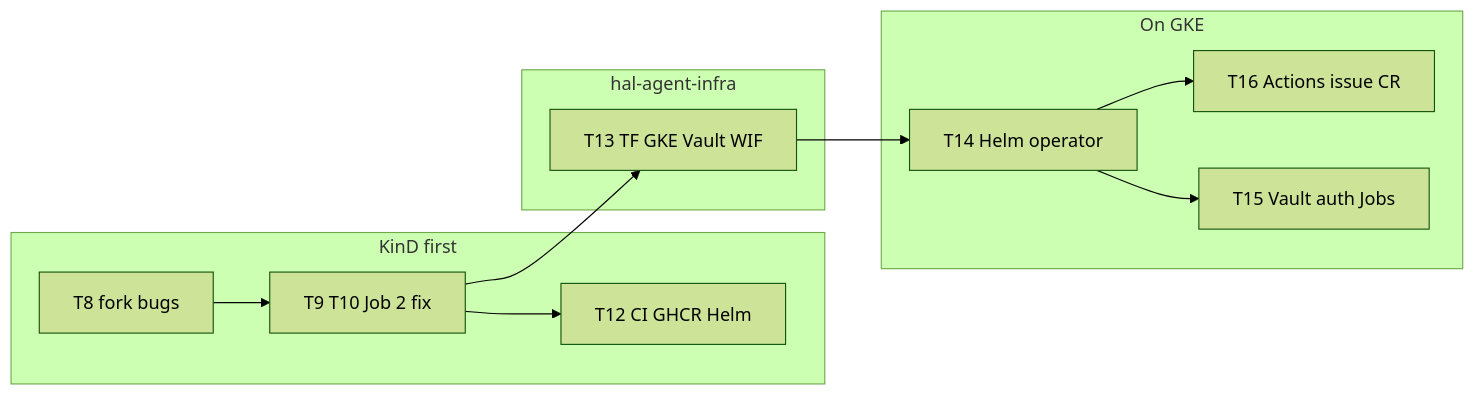
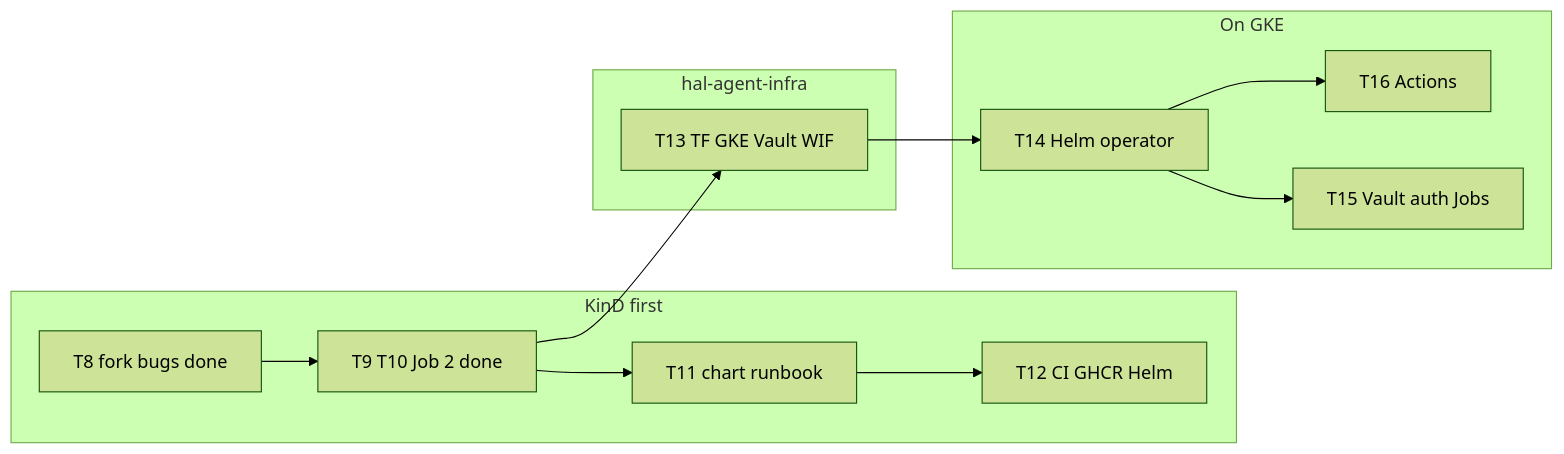
One commit to hashimiche/hal-agent-operator changed the first of 2 diagrams in LLM_PLAN.md. Above: the diagram before and after it, drawn with Mermaid (forest theme). The commit also changed other lines of this file and 24 other files, not shown here.

````diff
--- a/LLM_PLAN.md
+++ b/LLM_PLAN.md
@@ -83,19 +90,20 @@
 ```mermaid
 flowchart LR
   subgraph local [KinD first]
-    F[T8 fork bugs]
-    J2[T9 T10 Job 2 fix]
+    F[T8 fork bugs done]
+    J2[T9 T10 Job 2 done]
+    Chart[T11 chart runbook]
     Pub[T12 CI GHCR Helm]
   end
   subgraph infraRepo [hal-agent-infra]
     TF[T13 TF GKE Vault WIF]
   end
   subgraph cloud [On GKE]
     Deploy[T14 Helm operator]
-    GHA[T16 Actions issue CR]
+    GHA[T16 Actions]
     Vlt[T15 Vault auth Jobs]
   end
-  F --> J2 --> Pub
+  F --> J2 --> Chart --> Pub
   J2 --> TF --> Deploy --> GHA
   Deploy --> Vlt
 ```
````
